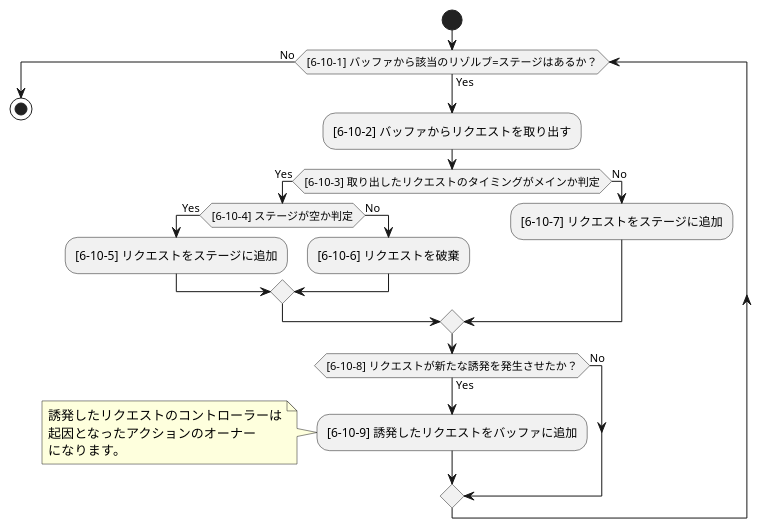
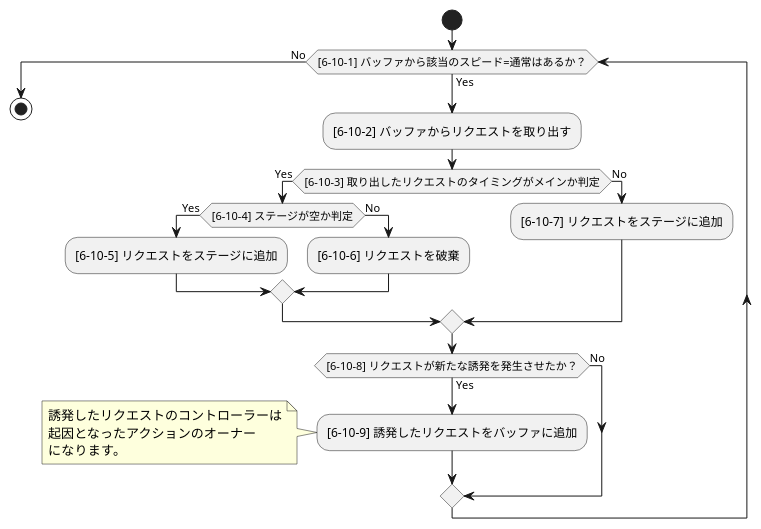
One commit to BlackPoker/BlackPoker changed the diagram in source/core/triggerflow_n.puml. Above: the diagram before and after it, drawn with PlantUML. The commit also changed 11 other files, not shown here.

```diff
--- a/source/core/triggerflow_n.puml
+++ b/source/core/triggerflow_n.puml
@@ -1,29 +1,29 @@
 @startuml
 '==============================
 '【ステージ：アクション毎に処理】
 '==============================
 
 start
-while ([6-10-1] バッファから該当のリゾルブ=ステージはあるか？) is (Yes)
+while ([6-10-1] バッファから該当のスピード=通常はあるか？) is (Yes)
   :[6-10-2] バッファからリクエストを取り出す;
   if ([6-10-3] 取り出したリクエストのタイミングがメインか判定) then (Yes)
     if ([6-10-4] ステージが空か判定) then (Yes)
       :[6-10-5] リクエストをステージに追加;
     else (No)
       :[6-10-6] リクエストを破棄;
     endif
   else (No)
     :[6-10-7] リクエストをステージに追加;
   endif
   if ([6-10-8] リクエストが新たな誘発を発生させたか？) then (Yes)
     :[6-10-9] 誘発したリクエストをバッファに追加;
     note left
       誘発したリクエストのコントローラーは
       起因となったアクションのオーナー
       になります。
     end note
   else (No)
   endif
 endwhile (No)
 stop
 @enduml
```
